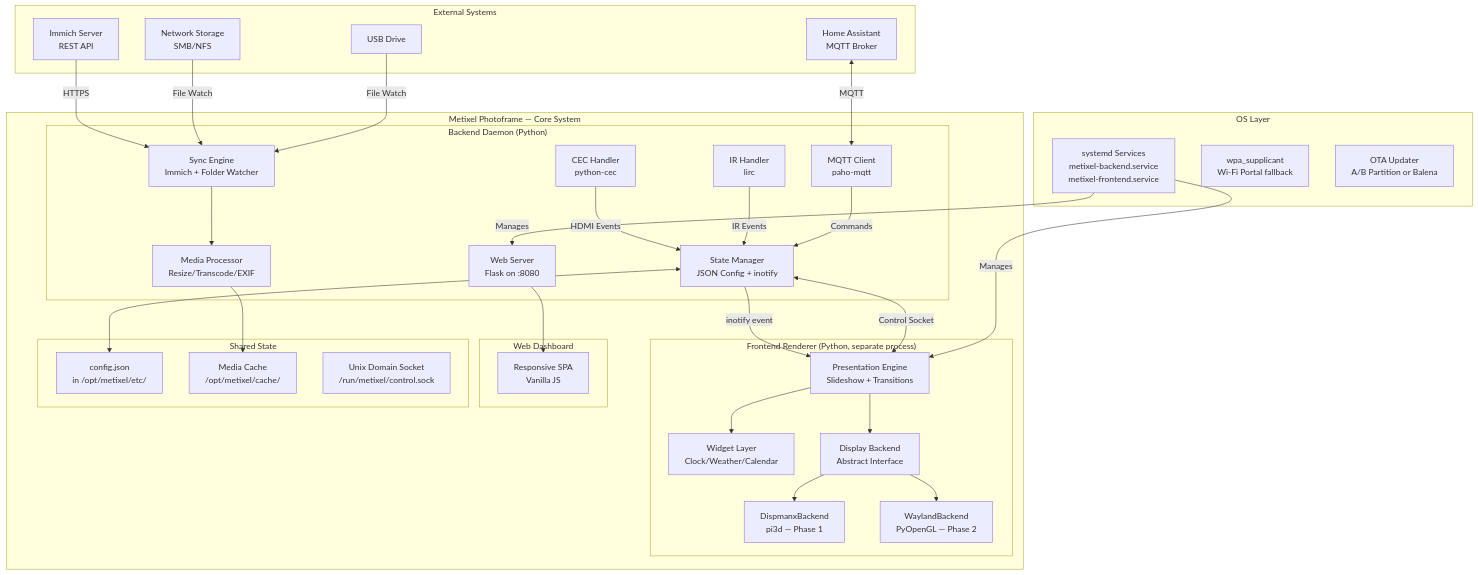
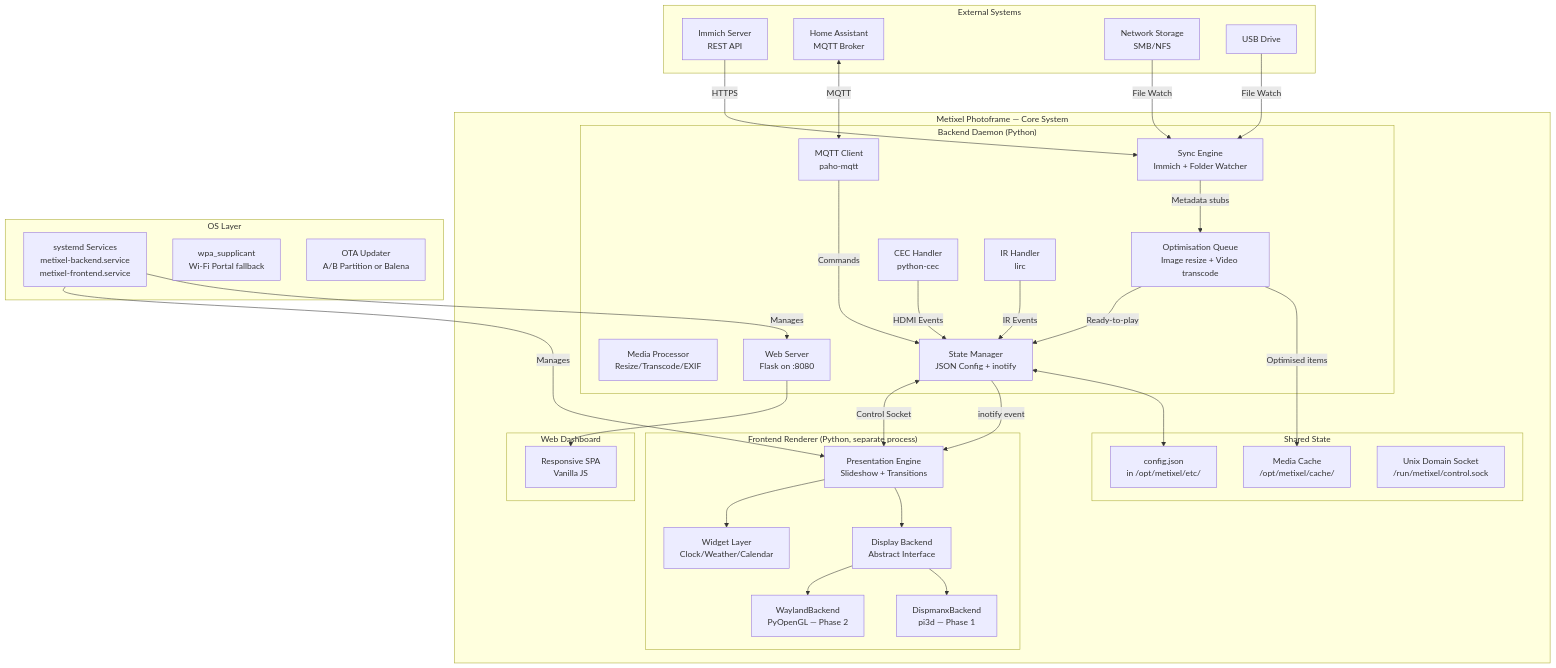
The diagram in ARCHITECTURE.md (dennisadvani/metixel-photoframe), drawn with Mermaid before and after one commit. The commit also changed other lines of this file and 22 other files, not shown here.

````diff
--- a/ARCHITECTURE.md
+++ b/ARCHITECTURE.md
@@ -93,65 +93,67 @@
 ```mermaid
 graph TB
     subgraph "External Systems"
         IMMICH[Immich Server<br/>REST API]
         HA[Home Assistant<br/>MQTT Broker]
         NAS[Network Storage<br/>SMB/NFS]
         USB[USB Drive]
     end
 
     subgraph "Metixel Photoframe — Core System"
         subgraph "Backend Daemon (Python)"
             SYNC[Sync Engine<br/>Immich + Folder Watcher]
+            OPTQ[Optimisation Queue<br/>Image resize + Video transcode]
             PROC[Media Processor<br/>Resize/Transcode/EXIF]
             STATE[State Manager<br/>JSON Config + inotify]
             HTTP[Web Server<br/>Flask on :8080]
             MQTT[MQTT Client<br/>paho-mqtt]
             CEC[CEC Handler<br/>python-cec]
             IR[IR Handler<br/>lirc]
         end
 
         subgraph "Frontend Renderer (Python, separate process)"
             ENGINE[Presentation Engine<br/>Slideshow + Transitions]
             WIDGETS[Widget Layer<br/>Clock/Weather/Calendar]
             DISPLAY[Display Backend<br/>Abstract Interface]
             DBMX[DispmanxBackend<br/>pi3d — Phase 1]
             WL[WaylandBackend<br/>PyOpenGL — Phase 2]
         end
 
         subgraph "Web Dashboard"
             WEBUI[Responsive SPA<br/>Vanilla JS]
         end
 
         subgraph "Shared State"
             CONFIG[config.json<br/>in /opt/metixel/etc/]
             CACHE[Media Cache<br/>/opt/metixel/cache/]
             SOCKET[Unix Domain Socket<br/>/run/metixel/control.sock]
         end
     end
 
     subgraph "OS Layer"
         SYSTEMD[systemd Services<br/>metixel-backend.service<br/>metixel-frontend.service]
         NETWORK[wpa_supplicant<br/>Wi-Fi Portal fallback]
         OTA[OTA Updater<br/>A/B Partition or Balena]
     end
 
     IMMICH -->|HTTPS| SYNC
     HA <-->|MQTT| MQTT
     NAS -->|File Watch| SYNC
     USB -->|File Watch| SYNC
-    SYNC --> PROC
-    PROC --> CACHE
+    SYNC -->|Metadata stubs| OPTQ
+    OPTQ -->|Optimised items| CACHE
+    OPTQ -->|Ready-to-play| STATE
     STATE <--> CONFIG
     HTTP --> WEBUI
     STATE -->|inotify event| ENGINE
     STATE <-->|Control Socket| ENGINE
     ENGINE --> DISPLAY
     DISPLAY --> DBMX
     DISPLAY --> WL
     ENGINE --> WIDGETS
     CEC -->|HDMI Events| STATE
     IR -->|IR Events| STATE
     MQTT -->|Commands| STATE
     SYSTEMD -->|Manages| HTTP
     SYSTEMD -->|Manages| ENGINE
 ```
````
